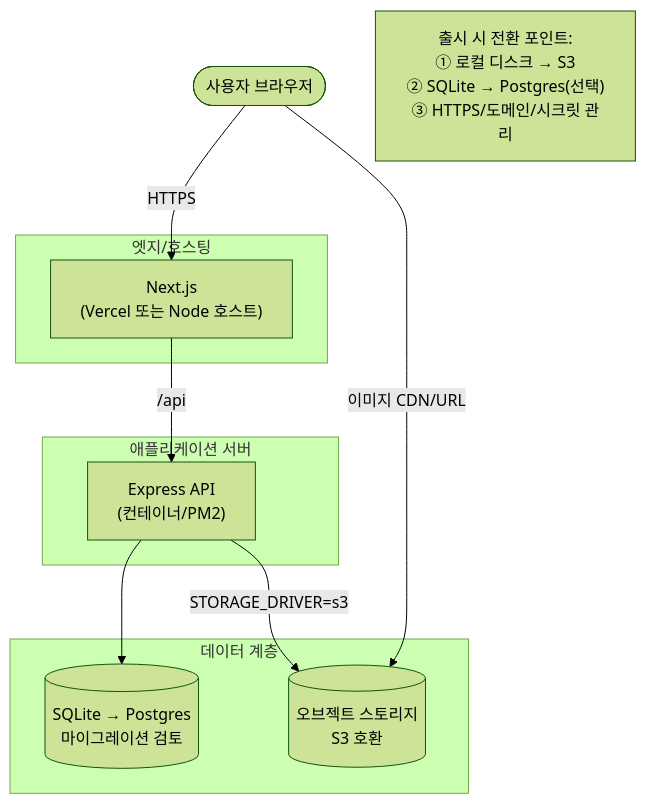
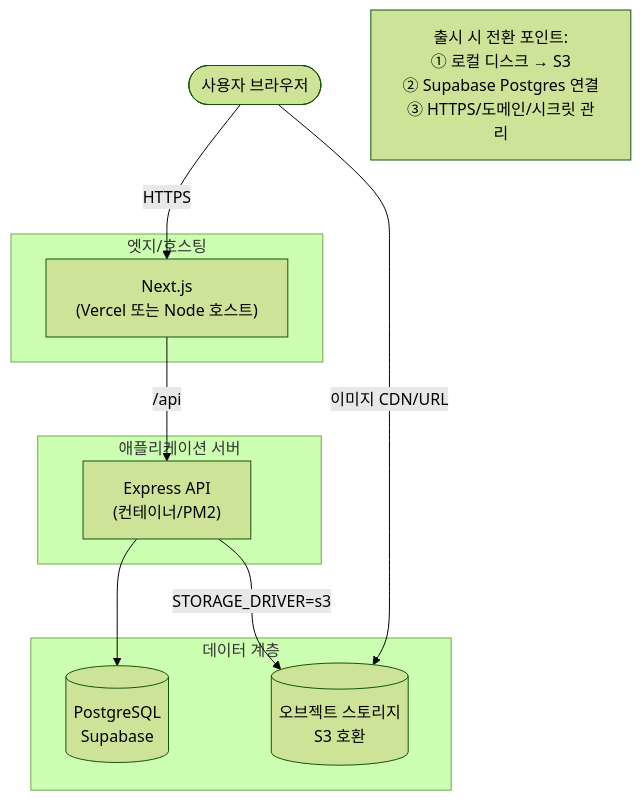
The ninth of 9 diagrams in docs/ARCHITECTURE.md (ilkwonkim71/cookshare), drawn with Mermaid (forest theme) before and after one commit. The commit also changed other lines of this file, not shown here.

First line of the commit message:
docs: update architecture diagrams from SQLite to Postgres

````diff
--- a/docs/ARCHITECTURE.md
+++ b/docs/ARCHITECTURE.md
@@ -275,25 +275,25 @@
 ```mermaid
 flowchart TB
     Client([사용자 브라우저])
 
     subgraph Edge["엣지/호스팅"]
         FEhost["Next.js<br/>(Vercel 또는 Node 호스트)"]
     end
 
     subgraph Server["애플리케이션 서버"]
         BEhost["Express API<br/>(컨테이너/PM2)"]
     end
 
     subgraph Data["데이터 계층"]
-        DBprod[(SQLite → Postgres<br/>마이그레이션 검토)]
+        DBprod[(PostgreSQL<br/>Supabase)]
         S3[("오브젝트 스토리지<br/>S3 호환")]
     end
 
     Client -->|HTTPS| FEhost
     FEhost -->|/api| BEhost
     Client -->|이미지 CDN/URL| S3
     BEhost --> DBprod
     BEhost -->|STORAGE_DRIVER=s3| S3
 
-    note1["출시 시 전환 포인트:<br/>① 로컬 디스크 → S3<br/>② SQLite → Postgres(선택)<br/>③ HTTPS/도메인/시크릿 관리"]
+    note1["출시 시 전환 포인트:<br/>① 로컬 디스크 → S3<br/>② Supabase Postgres 연결<br/>③ HTTPS/도메인/시크릿 관리"]
 ```
````
